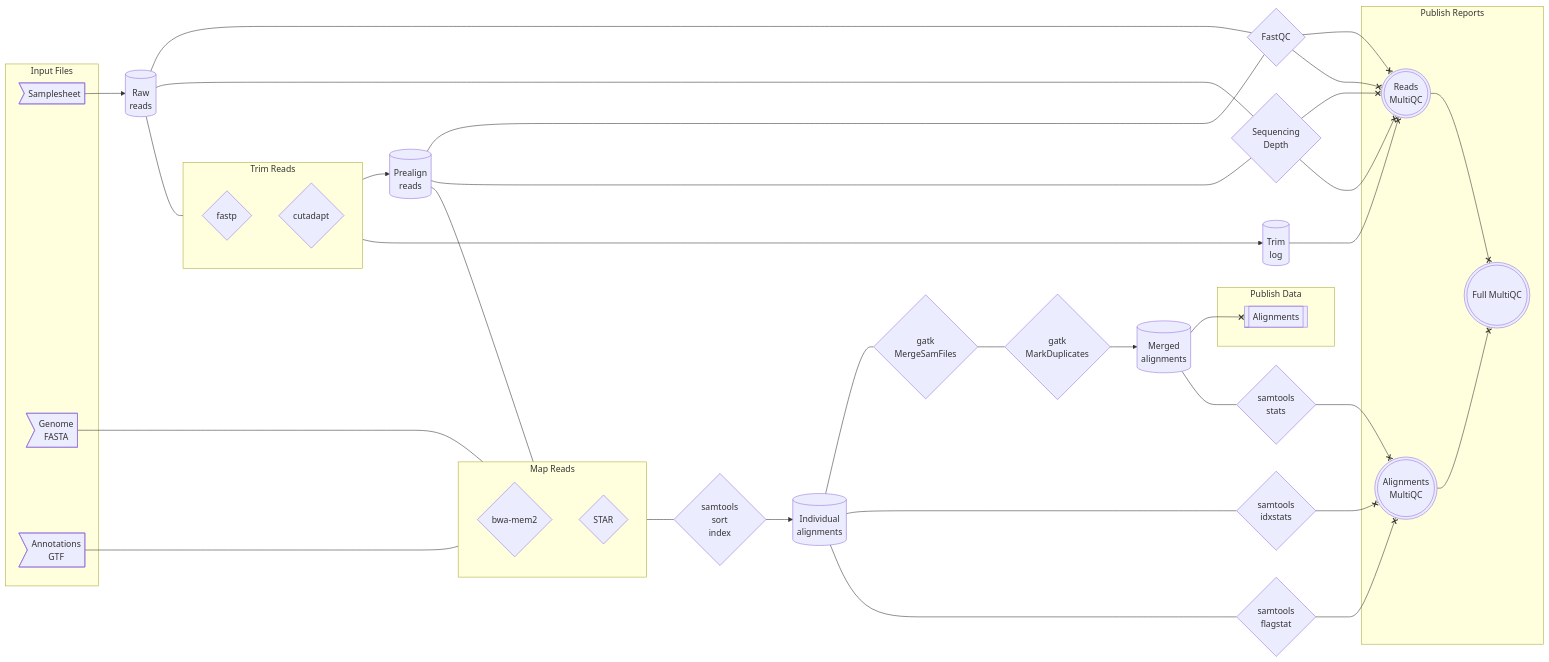
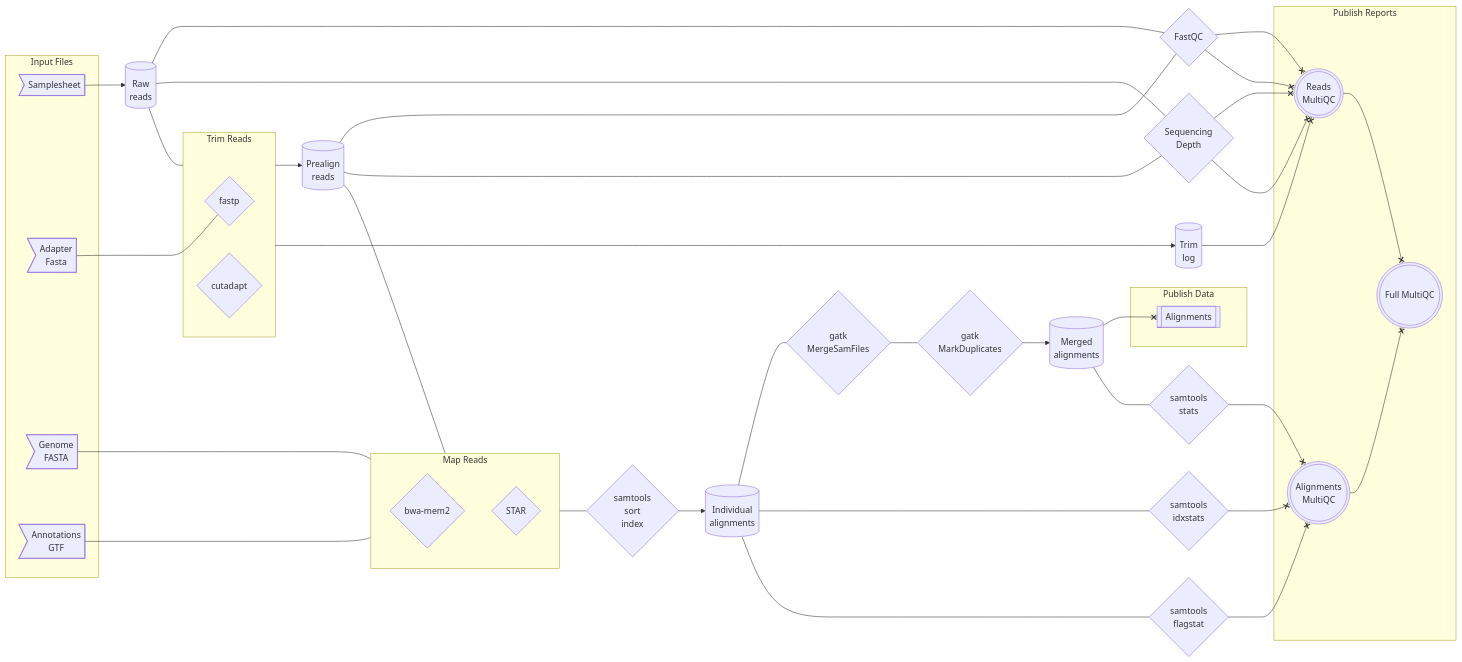
The diagram in README.md (utia-gc/ngs), drawn with Mermaid before and after one commit.

Commit message:
docs: diagram adapter fasta

```diff
--- a/README.md
+++ b/README.md
@@ -20,6 +20,10 @@
 flowchart LR
     %% list all the input files
     samplesheet>"Samplesheet"]
+    adapter_fasta>"
+        Adapter
+        Fasta
+    "]
     genome_fasta>"
         Genome
         FASTA
@@ -90,6 +94,7 @@
     %% list all subgraphs for Nextflow subworkflows/workflows with options
     subgraph inputs["Input Files"]
     samplesheet
+    adapter_fasta
     genome_fasta
     annotations_gtf
     end
@@ -130,6 +135,7 @@
 
     %% reads processing workflow
     samplesheet --> raw_reads
+    adapter_fasta --- fastp
     raw_reads --- trim_reads --> prealign_reads
 
     %% reads QC workflow
```
